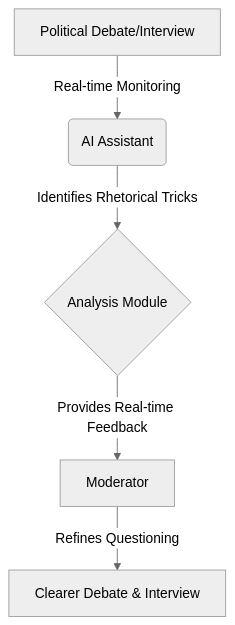
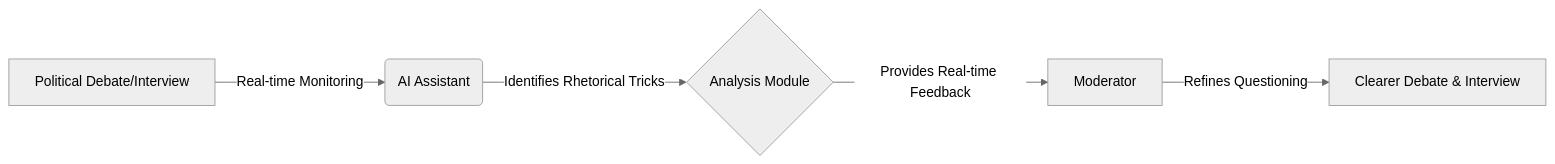
Before and after one commit to jayant-yadav/TruthSeeker: the first of 2 diagrams in README.md, drawn with Mermaid (neutral theme).

Commit message:
left to right chart

````diff
--- a/README.md
+++ b/README.md
@@ -8,7 +8,7 @@
 ```mermaid
-flowchart TD
+flowchart LR
     A[Political Debate/Interview] -->|Real-time Monitoring| B(AI Assistant)
     B -->|Identifies Rhetorical Tricks| C{Analysis Module}
     C -->|Provides Real-time Feedback| D[Moderator]
     D -->|Refines Questioning| E[Clearer Debate & Interview]
 ```
````
